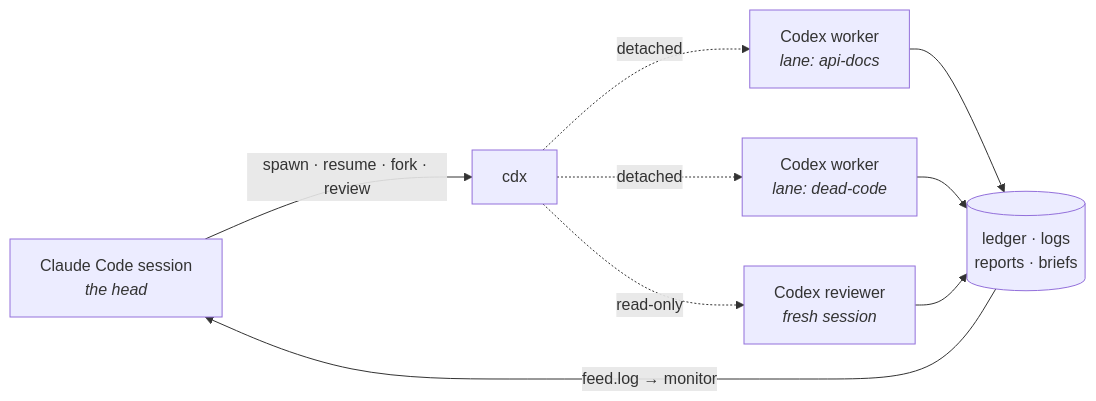
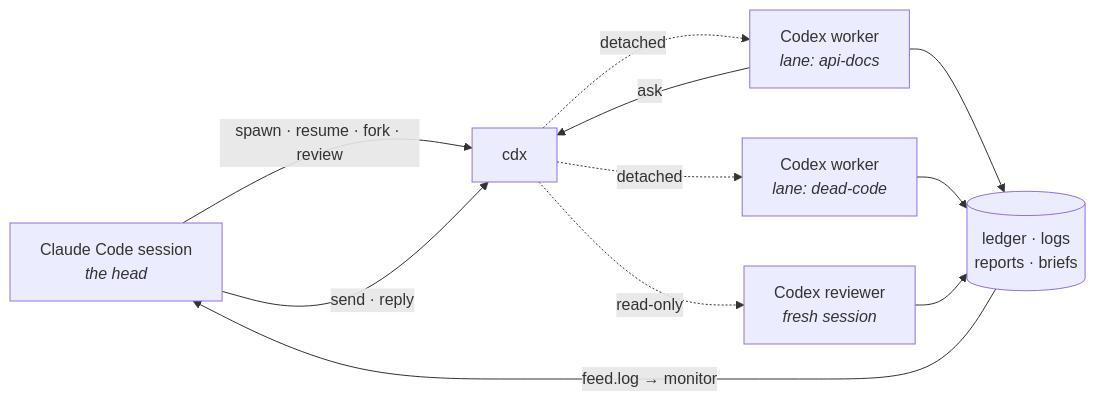
Before and after one commit to RedesignedRobot/cdx: the diagram in README.md, drawn with Mermaid. The commit also changed other lines of this file and 4 other files, not shown here.

First line of the commit message:
feat: app-server transport for work lanes, steer, ask/reply, and session messaging

````diff
--- a/README.md
+++ b/README.md
@@ -69,11 +72,13 @@
 ```mermaid
 flowchart LR
     head["Claude Code session<br/><i>the head</i>"] -->|spawn · resume · fork · review| cdx["cdx"]
+    head -->|send · reply| cdx
     cdx -.->|detached| w1["Codex worker<br/><i>lane: api-docs</i>"]
     cdx -.->|detached| w2["Codex worker<br/><i>lane: dead-code</i>"]
     cdx -.->|read-only| w3["Codex reviewer<br/><i>fresh session</i>"]
+    w1 -->|ask| cdx
     w1 --> state[("ledger · logs<br/>reports · briefs")]
     w2 --> state
     w3 --> state
     state -->|feed.log → monitor| head
 ```
````
